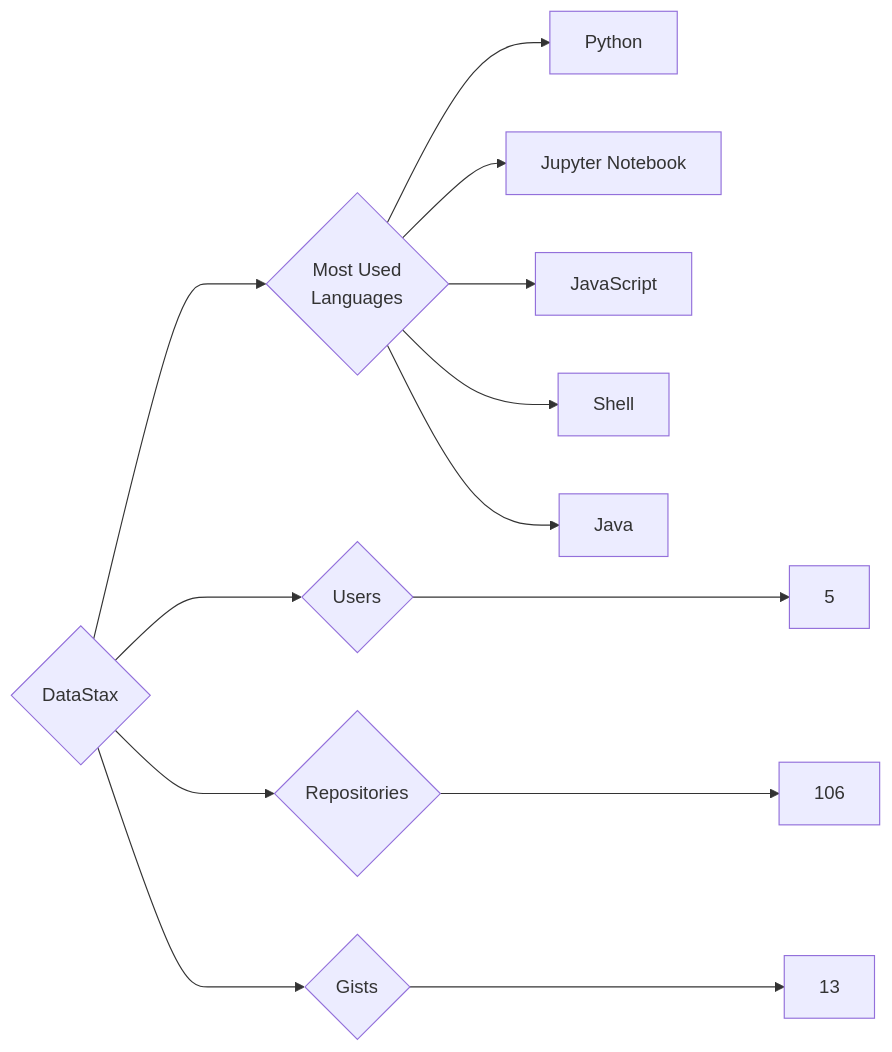
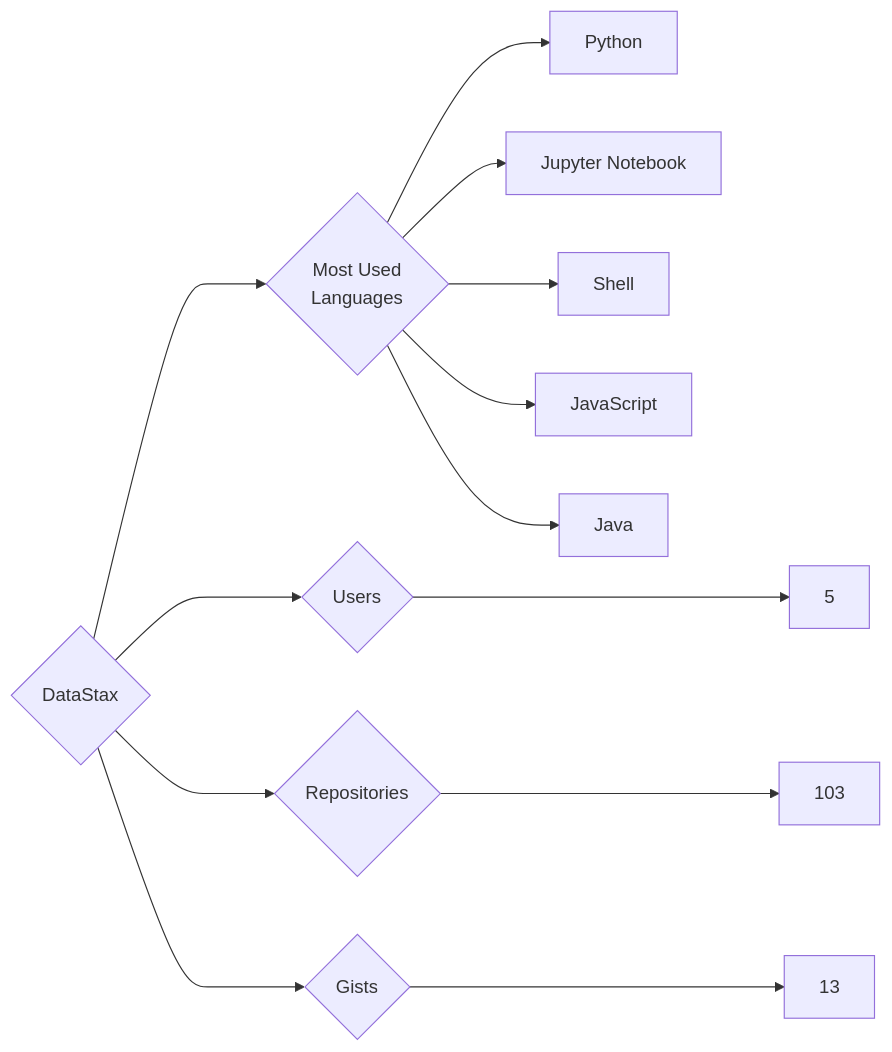
The diagram in targets/DataStax/README.md (trickest/insiders), drawn with Mermaid before and after one commit. The commit also changed 559 other files, not shown here.

````diff
--- a/targets/DataStax/README.md
+++ b/targets/DataStax/README.md
@@ -3,13 +3,13 @@
 ```mermaid
 graph LR
 COMPANY_NAME{DataStax}
 COMPANY_NAME ---> U{Users} ---> UN[5]
-COMPANY_NAME ---> R{Repositories} ---> RN[106]
+COMPANY_NAME ---> R{Repositories} ---> RN[103]
 COMPANY_NAME ---> G{Gists} ---> GN[13]
 COMPANY_NAME ---> ML{Most Used<br>Languages}
 ML --> Python[Python]
 ML --> Jupyter_Notebook[Jupyter Notebook]
+ML --> Shell[Shell]
 ML --> JavaScript[JavaScript]
-ML --> Shell[Shell]
 ML --> Java[Java]
 ```
````
